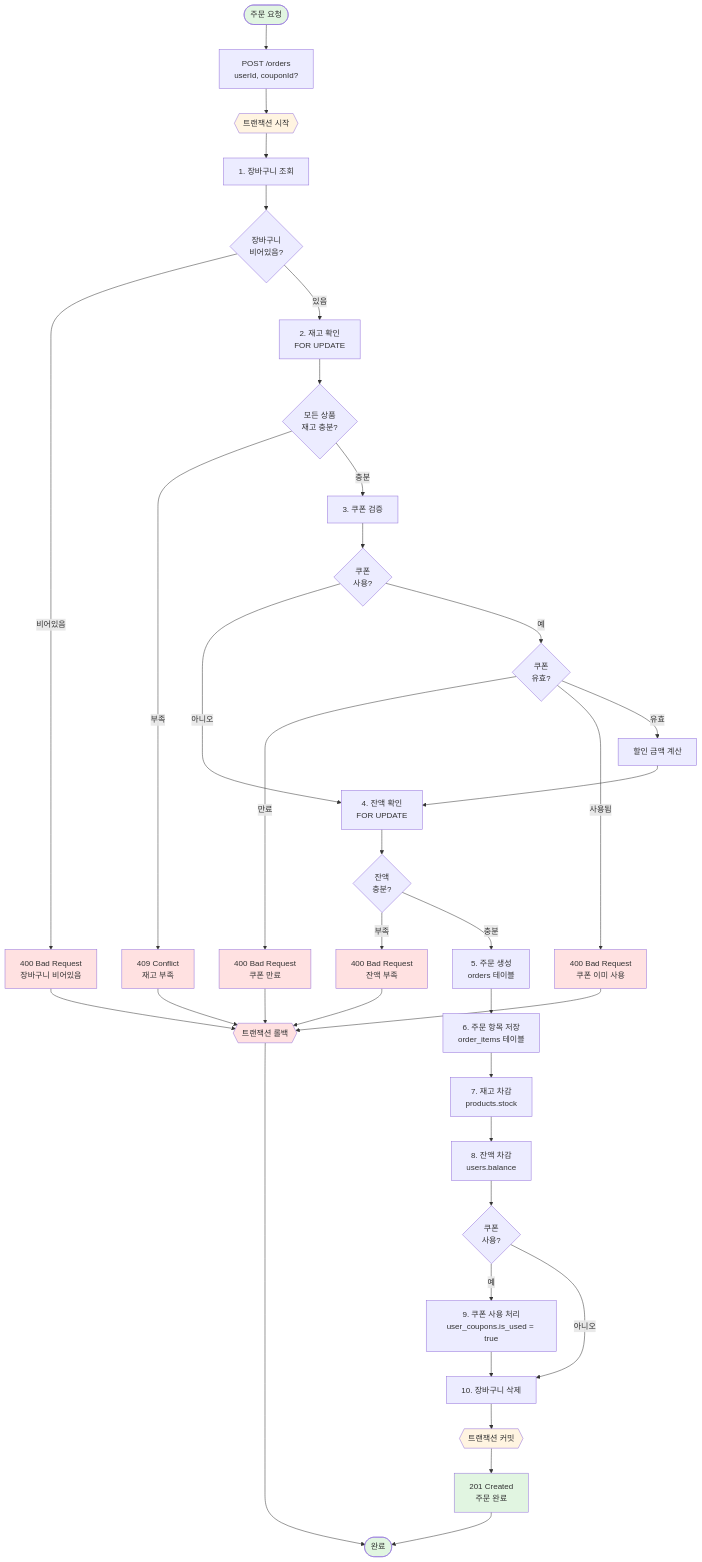
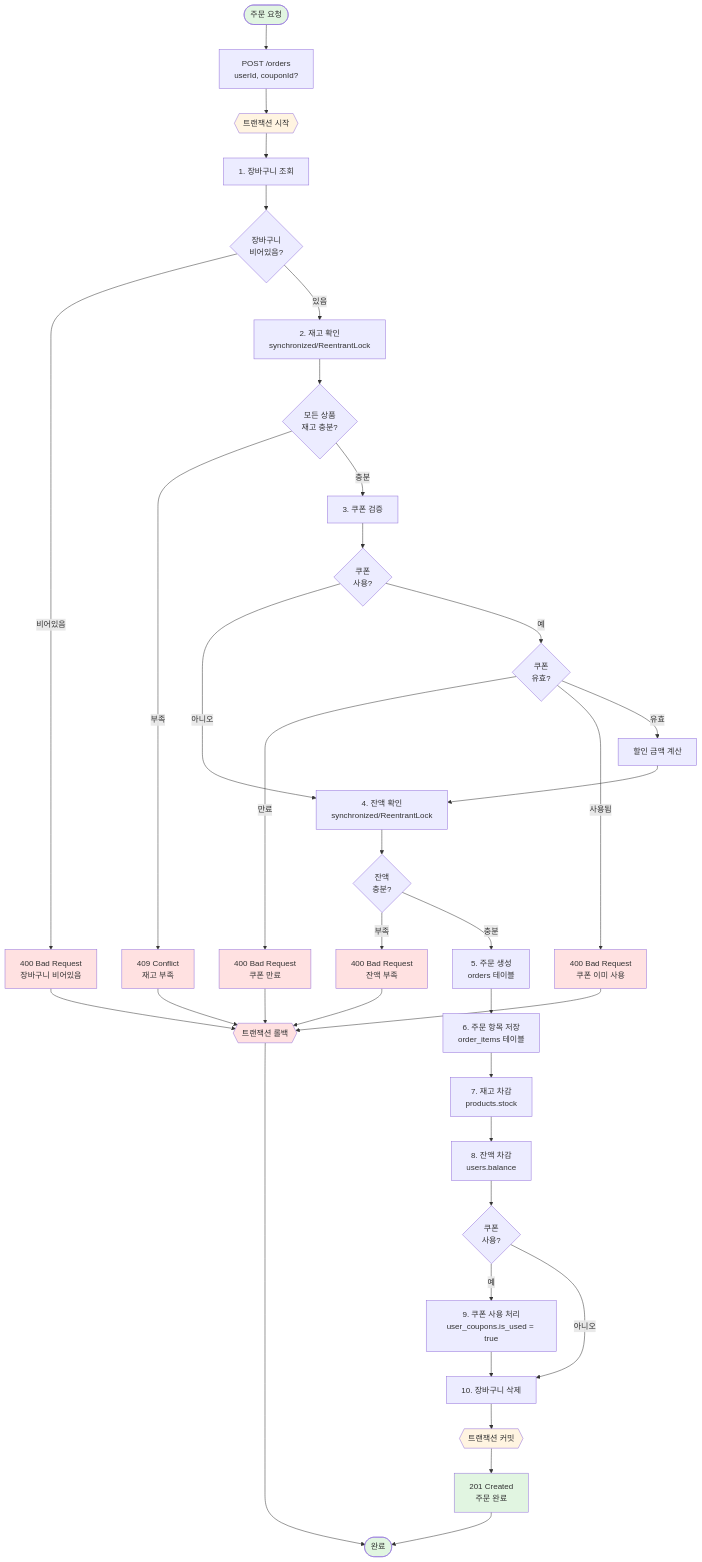
One commit to jaedeokhan/start-study changed the fourth of 9 diagrams in week2-api-design-management/api-swagger/docs/api/flowcharts.md. Above: the diagram before and after it, drawn with Mermaid. The commit also changed other lines of this file and 6 other files, not shown here.

Commit message:
chore: 상품, 주문, 결제, 쿠폰, 재고 ERD 및 시퀀스 및 ERD 구성

````diff
--- a/week2-api-design-management/api-swagger/docs/api/flowcharts.md
+++ b/week2-api-design-management/api-swagger/docs/api/flowcharts.md
@@ -185,59 +185,59 @@
 ```mermaid
 flowchart TD
     Start([주문 요청]) --> OrderAPI[POST /orders<br/>userId, couponId?]
 
     OrderAPI --> TxStart{{트랜잭션 시작}}
 
     TxStart --> Step1[1. 장바구니 조회]
     Step1 --> CheckCart{장바구니<br/>비어있음?}
     CheckCart -->|비어있음| ErrorEmptyCart[400 Bad Request<br/>장바구니 비어있음]
     CheckCart -->|있음| Step2
 
-    Step2[2. 재고 확인<br/>FOR UPDATE] --> CheckStock{모든 상품<br/>재고 충분?}
+    Step2[2. 재고 확인<br/>synchronized/ReentrantLock] --> CheckStock{모든 상품<br/>재고 충분?}
     CheckStock -->|부족| ErrorStock[409 Conflict<br/>재고 부족]
     CheckStock -->|충분| Step3
 
     Step3[3. 쿠폰 검증] --> HasCoupon{쿠폰<br/>사용?}
     HasCoupon -->|아니오| Step4
     HasCoupon -->|예| CheckCoupon{쿠폰<br/>유효?}
     CheckCoupon -->|만료| ErrorCouponExpired[400 Bad Request<br/>쿠폰 만료]
     CheckCoupon -->|사용됨| ErrorCouponUsed[400 Bad Request<br/>쿠폰 이미 사용]
     CheckCoupon -->|유효| CalculateDiscount[할인 금액 계산]
     CalculateDiscount --> Step4
 
-    Step4[4. 잔액 확인<br/>FOR UPDATE] --> CheckBalance{잔액<br/>충분?}
+    Step4[4. 잔액 확인<br/>synchronized/ReentrantLock] --> CheckBalance{잔액<br/>충분?}
     CheckBalance -->|부족| ErrorBalance[400 Bad Request<br/>잔액 부족]
     CheckBalance -->|충분| Step5
 
     Step5[5. 주문 생성<br/>orders 테이블] --> Step6[6. 주문 항목 저장<br/>order_items 테이블]
     Step6 --> Step7[7. 재고 차감<br/>products.stock]
     Step7 --> Step8[8. 잔액 차감<br/>users.balance]
     Step8 --> Step9{쿠폰<br/>사용?}
     Step9 -->|예| Step10[9. 쿠폰 사용 처리<br/>user_coupons.is_used = true]
     Step9 -->|아니오| Step11
     Step10 --> Step11[10. 장바구니 삭제]
 
     Step11 --> TxCommit{{트랜잭션 커밋}}
     TxCommit --> Success[201 Created<br/>주문 완료]
 
     ErrorEmptyCart --> TxRollback{{트랜잭션 롤백}}
     ErrorStock --> TxRollback
     ErrorCouponExpired --> TxRollback
     ErrorCouponUsed --> TxRollback
     ErrorBalance --> TxRollback
 
     Success --> End([완료])
     TxRollback --> End
 
     style Start fill:#e1f5e1
     style Success fill:#e1f5e1
     style End fill:#e1f5e1
     style TxStart fill:#fff4e1
     style TxCommit fill:#fff4e1
     style TxRollback fill:#ffe1e1
     style ErrorEmptyCart fill:#ffe1e1
     style ErrorStock fill:#ffe1e1
     style ErrorCouponExpired fill:#ffe1e1
     style ErrorCouponUsed fill:#ffe1e1
     style ErrorBalance fill:#ffe1e1
 ```
````
